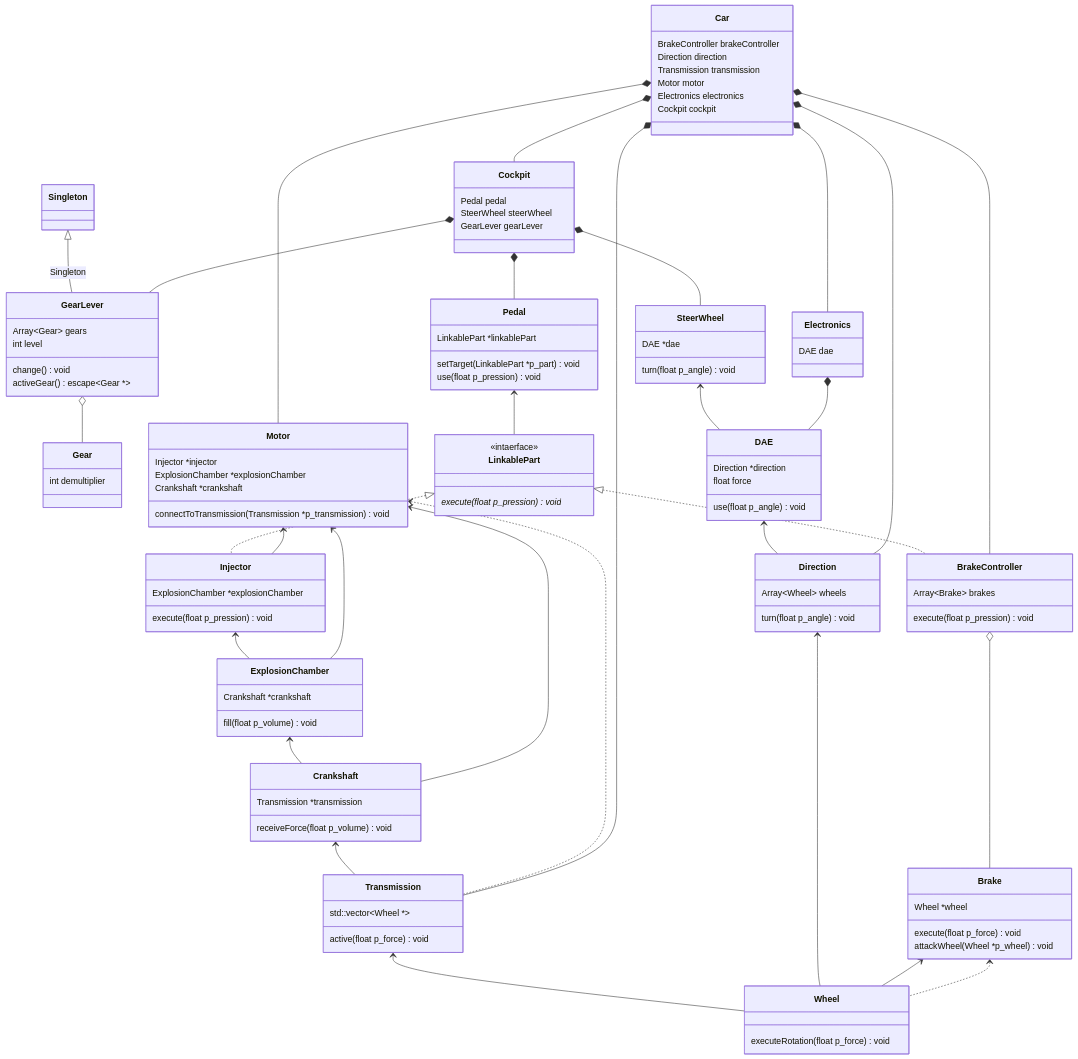
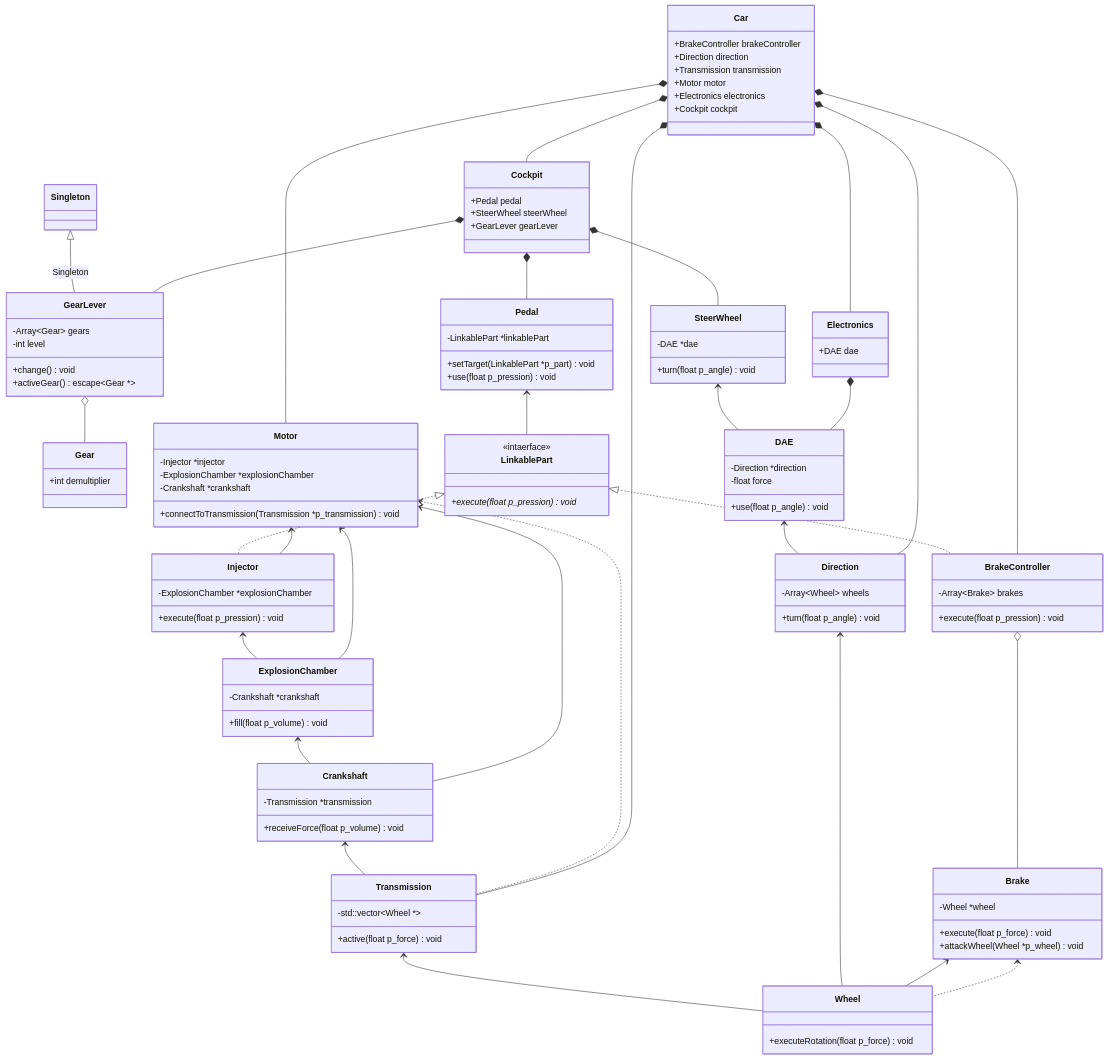
The diagram in subject.md (PalmNeko/piscine-object02-UML), drawn with Mermaid before and after one commit.

Commit message:
add: visibility

````diff
--- a/subject.md
+++ b/subject.md
@@ -49,104 +49,103 @@
 
     class LinkablePart {
         <<intaerface>>
-        execute(float p_pression)* void
+        +execute(float p_pression)* void
     }
 
     class Wheel {
-        executeRotation(float p_force) void
+        +executeRotation(float p_force) void
     }
 
     class Gear {
-        int demultiplier
+        +int demultiplier
     }
 
     class Singleton {
-        %% TODO
     }
 
     class GearLever {
-        Array~Gear~ gears
-        int level
-        change() void
-        activeGear() escape~Gear *~
+        -Array~Gear~ gears
+        -int level
+        +change() void
+        +activeGear() escape~Gear *~
     }
 
     class Transmission {
-        std::vector~Wheel *~
-        active(float p_force) void
+        -std::vector~Wheel *~
+        +active(float p_force) void
     }
 
     class Crankshaft {
-        Transmission *transmission
-        receiveForce(float p_volume) void
+        -Transmission *transmission
+        +receiveForce(float p_volume) void
     }
 
     class ExplosionChamber {
-        Crankshaft *crankshaft
-        fill(float p_volume) void
+        -Crankshaft *crankshaft
+        +fill(float p_volume) void
     }
 
     class Injector {
-        ExplosionChamber *explosionChamber
-        execute(float p_pression) void
+        -ExplosionChamber *explosionChamber
+        +execute(float p_pression) void
     }
 
     class Motor {
-        Injector *injector
-        ExplosionChamber *explosionChamber
-        Crankshaft *crankshaft
-        connectToTransmission(Transmission *p_transmission) void
+        -Injector *injector
+        -ExplosionChamber *explosionChamber
+        -Crankshaft *crankshaft
+        +connectToTransmission(Transmission *p_transmission) void
     }
 
     class Pedal {
-        LinkablePart *linkablePart
-        setTarget(LinkablePart *p_part) void
-        use(float p_pression) void
+        -LinkablePart *linkablePart
+        +setTarget(LinkablePart *p_part) void
+        +use(float p_pression) void
     }
 
     class Direction {
-        Array~Wheel~ wheels
-        turn(float p_angle) void
+        -Array~Wheel~ wheels
+        +turn(float p_angle) void
     }
 
     class DAE {
-        Direction *direction
-        float force
-        use(float p_angle) void
+        -Direction *direction
+        -float force
+        +use(float p_angle) void
     }
 
     class SteerWheel {
-        DAE *dae
-        turn(float p_angle) void
+        -DAE *dae
+        +turn(float p_angle) void
     }
 
     class Brake {
-        Wheel *wheel
-        execute(float p_force) void
-        attackWheel(Wheel *p_wheel) void
+        -Wheel *wheel
+        +execute(float p_force) void
+        +attackWheel(Wheel *p_wheel) void
     }
 
     class BrakeController {
-        Array~Brake~ brakes
-        execute(float p_pression) void
+        -Array~Brake~ brakes
+        +execute(float p_pression) void
     }
 
     class Cockpit {
-        Pedal pedal
-        SteerWheel steerWheel
-        GearLever gearLever
+        +Pedal pedal
+        +SteerWheel steerWheel
+        +GearLever gearLever
     }
 
     class Electronics {
-        DAE dae
+        +DAE dae
     }
 
     class Car {
-        BrakeController brakeController
-        Direction direction
-        Transmission transmission
-        Motor motor
-        Electronics electronics
-        Cockpit cockpit
+        +BrakeController brakeController
+        +Direction direction
+        +Transmission transmission
+        +Motor motor
+        +Electronics electronics
+        +Cockpit cockpit
     }
 ```
````
